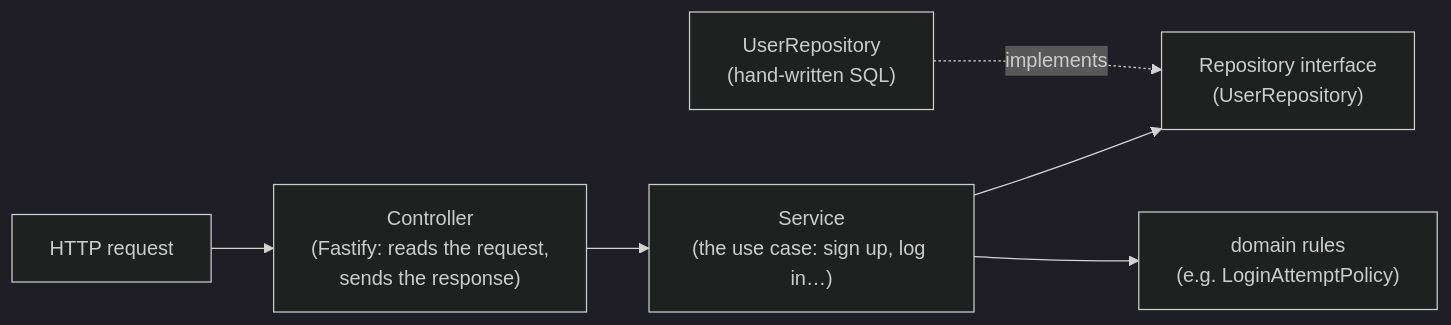
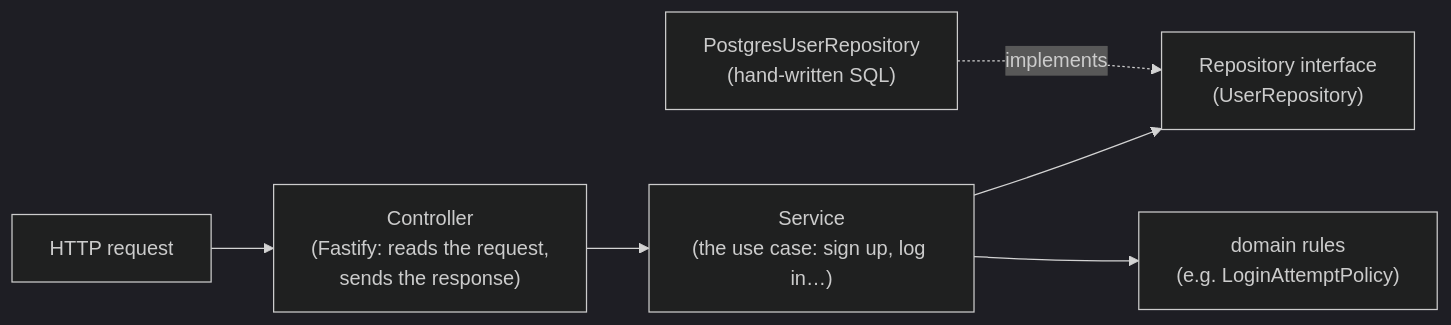
Before and after one commit to MESW-LES-2627/les-project-group-5: the third of 3 diagrams in docs/developer-guide.md, drawn with Mermaid (dark theme). The commit also changed other lines of this file and 24 other files, not shown here.

````diff
--- a/docs/developer-guide.md
+++ b/docs/developer-guide.md
@@ -130,8 +148,8 @@
 ```mermaid
 flowchart LR
   http["HTTP request"] --> c["Controller<br/>(Fastify: reads the request,<br/>sends the response)"]
   c --> s["Service<br/>(the use case: sign up, log in…)"]
   s --> ri["Repository interface<br/>(UserRepository)"]
-  sql["UserRepository<br/>(hand-written SQL)"] -. implements .-> ri
+  sql["PostgresUserRepository<br/>(hand-written SQL)"] -. implements .-> ri
   s --> d["domain rules<br/>(e.g. LoginAttemptPolicy)"]
 ```
````
